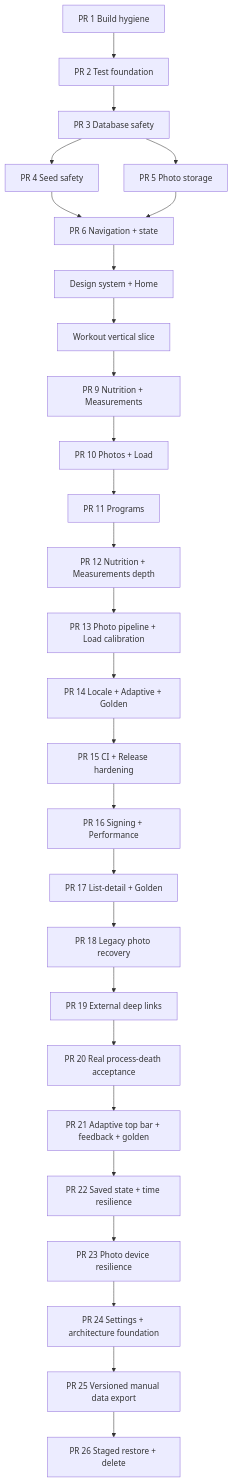
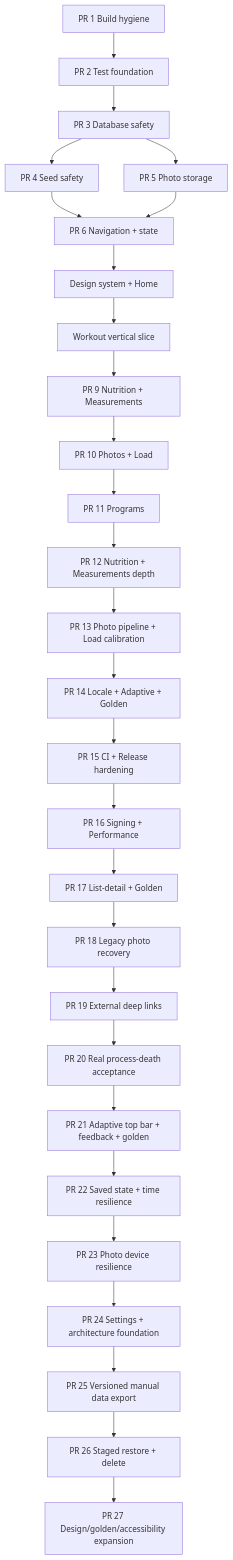
The diagram in docs/obsidian/roadmap/ROADMAP_EXECUTION_GRAPH.md (MehmetKucukOfficial/GymTracker), drawn with Mermaid before and after one commit. The commit also changed other lines of this file and 12 other files, not shown here.

````diff
--- a/docs/obsidian/roadmap/ROADMAP_EXECUTION_GRAPH.md
+++ b/docs/obsidian/roadmap/ROADMAP_EXECUTION_GRAPH.md
@@ -14,29 +14,30 @@
 ```mermaid
 flowchart TD
     PR1[PR 1 Build hygiene] --> PR2[PR 2 Test foundation]
     PR2 --> PR3[PR 3 Database safety]
     PR3 --> PR4[PR 4 Seed safety]
     PR3 --> PR5[PR 5 Photo storage]
     PR4 --> PR6[PR 6 Navigation + state]
     PR5 --> PR6
     PR6 --> UI[Design system + Home]
     UI --> WO[Workout vertical slice]
     WO --> N[PR 9 Nutrition + Measurements]
     N --> P[PR 10 Photos + Load]
     P --> PG[PR 11 Programs]
     PG --> ND[PR 12 Nutrition + Measurements depth]
     ND --> PC[PR 13 Photo pipeline + Load calibration]
     PC --> AL[PR 14 Locale + Adaptive + Golden]
     AL --> B[PR 15 CI + Release hardening]
     B --> RP[PR 16 Signing + Performance]
     RP --> LG[PR 17 List-detail + Golden]
     LG --> LR[PR 18 Legacy photo recovery]
     LR --> DL[PR 19 External deep links]
     DL --> PD[PR 20 Real process-death acceptance]
     PD --> AF[PR 21 Adaptive top bar + feedback + golden]
     AF --> ST[PR 22 Saved state + time resilience]
     ST --> PH[PR 23 Photo device resilience]
     PH --> SD[PR 24 Settings + architecture foundation]
     SD --> DE[PR 25 Versioned manual data export]
     DE --> DR[PR 26 Staged restore + delete]
+    DR --> DG[PR 27 Design/golden/accessibility expansion]
 ```
````
